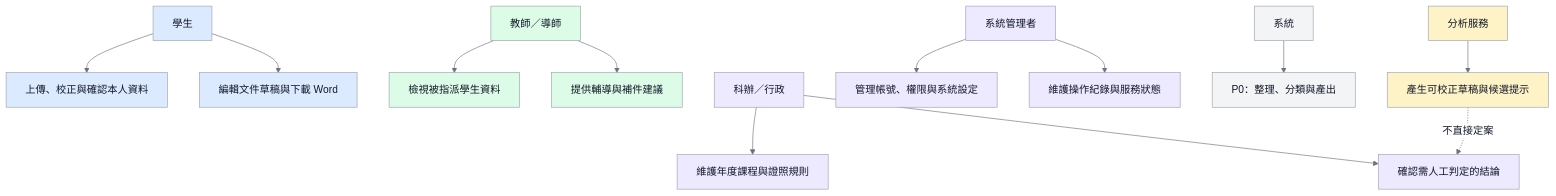
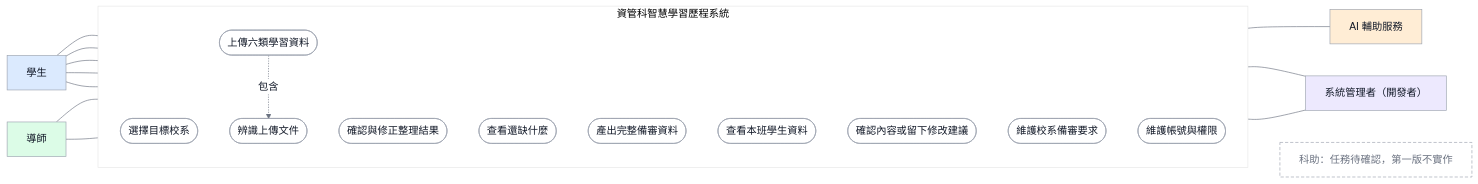
The first of 13 diagrams in docs/04_圖表與介面/diagrams.md (vujhdcusa/1028), drawn with Mermaid before and after one commit. The commit also changed other lines of this file and 116 other files, not shown here.

````diff
--- a/docs/04_圖表與介面/diagrams.md
+++ b/docs/04_圖表與介面/diagrams.md
@@ -13,21 +51,44 @@
 ```mermaid
-%%{init: {'theme':'base','themeVariables': {'fontFamily':'Microsoft JhengHei, Noto Sans TC, Arial, sans-serif','primaryColor':'#F3F4F6','primaryTextColor':'#111827','primaryBorderColor':'#9CA3AF','lineColor':'#6B7280','edgeLabelBackground':'#FFFFFF'}}}%%
-flowchart TD
+%%{init: {'theme':'base','themeVariables': {'fontFamily':'Microsoft JhengHei, Noto Sans TC, Arial, sans-serif','primaryColor':'#F3F4F6','primaryTextColor':'#111827','primaryBorderColor':'#9CA3AF','lineColor':'#6B7280','edgeLabelBackground':'#FFFFFF'},'flowchart':{'wrappingWidth':400}}}%%
+flowchart LR
     classDef student fill:#DBEAFE,stroke:#9CA3AF,color:#111827,stroke-width:1px;
     classDef teacher fill:#DCFCE7,stroke:#9CA3AF,color:#111827,stroke-width:1px;
-    classDef staff fill:#EDE9FE,stroke:#9CA3AF,color:#111827,stroke-width:1px;
-    classDef system fill:#F3F4F6,stroke:#9CA3AF,color:#111827,stroke-width:1px;
-    classDef ai fill:#FEF3C7,stroke:#9CA3AF,color:#111827,stroke-width:1px;
+    classDef admin fill:#EDE9FE,stroke:#9CA3AF,color:#111827,stroke-width:1px;
+    classDef ai fill:#FFEDD5,stroke:#9CA3AF,color:#111827,stroke-width:1px;
+    classDef usecase fill:#FFFFFF,stroke:#9CA3AF,color:#111827,stroke-width:1px;
+    classDef pending fill:#FFFFFF,stroke:#9CA3AF,color:#6B7280,stroke-width:1px,stroke-dasharray:5 3;
 
-    Student[學生]:::student --> S1[上傳、校正與確認本人資料]:::student
-    Student --> S2[編輯文件草稿與下載 Word]:::student
-    Teacher[教師／導師]:::teacher --> T1[檢視被指派學生資料]:::teacher
-    Teacher --> T2[提供輔導與補件建議]:::teacher
-    Staff[科辦／行政]:::staff --> F1[維護年度課程與證照規則]:::staff
-    Staff --> F2[確認需人工判定的結論]:::staff
-    Admin[系統管理者]:::staff --> A1[管理帳號、權限與系統設定]:::staff
-    Admin --> A2[維護操作紀錄與服務狀態]:::staff
-    System[系統]:::system --> P0[P0：整理、分類與產出]:::system
-    AI[分析服務]:::ai --> G1[產生可校正草稿與候選提示]:::ai
-    G1 -.不直接定案.-> F2
+    Student[學生]:::student
+    Teacher[導師]:::teacher
+
+    subgraph SYS[資管科智慧學習歷程系統]
+        direction TB
+        UC1([選擇目標校系]):::usecase
+        UC2([上傳六類學習資料]):::usecase
+        UC3([確認與修正整理結果]):::usecase
+        UC4([查看還缺什麼]):::usecase
+        UC5([產出完整備審資料]):::usecase
+        UC6([查看本班學生資料]):::usecase
+        UC7([確認內容或留下修改建議]):::usecase
+        UC8([辨識上傳文件]):::usecase
+        UC9([維護校系備審要求]):::usecase
+        UC10([維護帳號與權限]):::usecase
+    end
+
+    Admin[系統管理者（開發者）]:::admin
+    AI[AI 輔助服務]:::ai
+    Staff[科助：任務待確認，第一版不實作]:::pending
+
+    Student --- UC1
+    Student --- UC2
+    Student --- UC3
+    Student --- UC4
+    Student --- UC5
+    Teacher --- UC6
+    Teacher --- UC7
+    UC2 -. 包含 .-> UC8
+    UC8 --- AI
+    UC9 --- Admin
+    UC10 --- Admin
+    SYS ~~~ Staff
 ```
````
